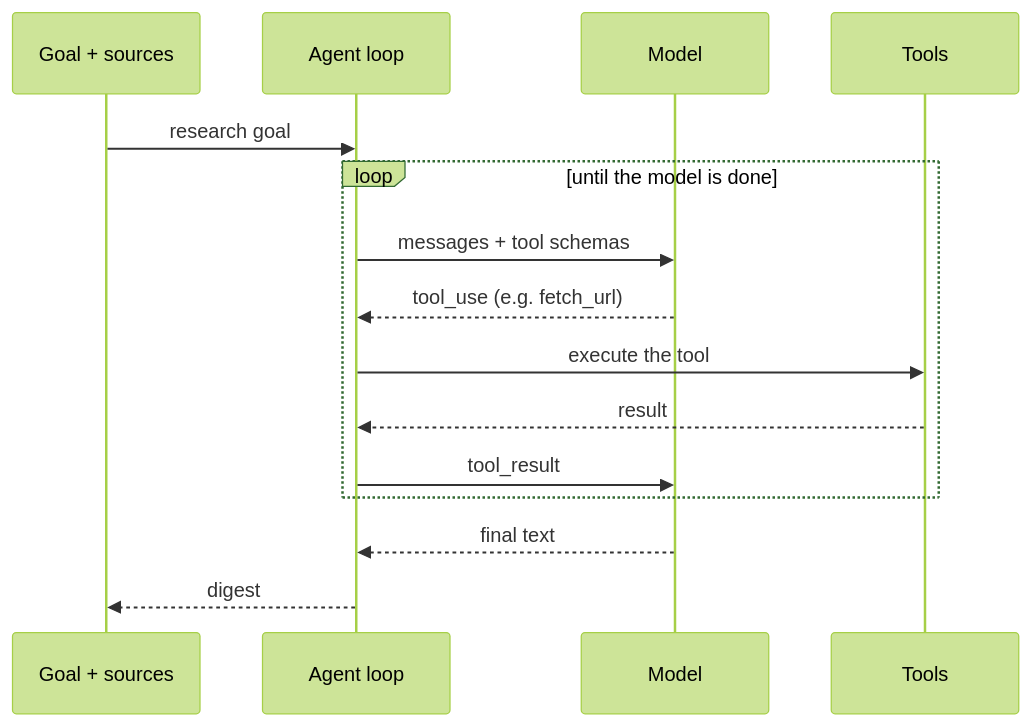
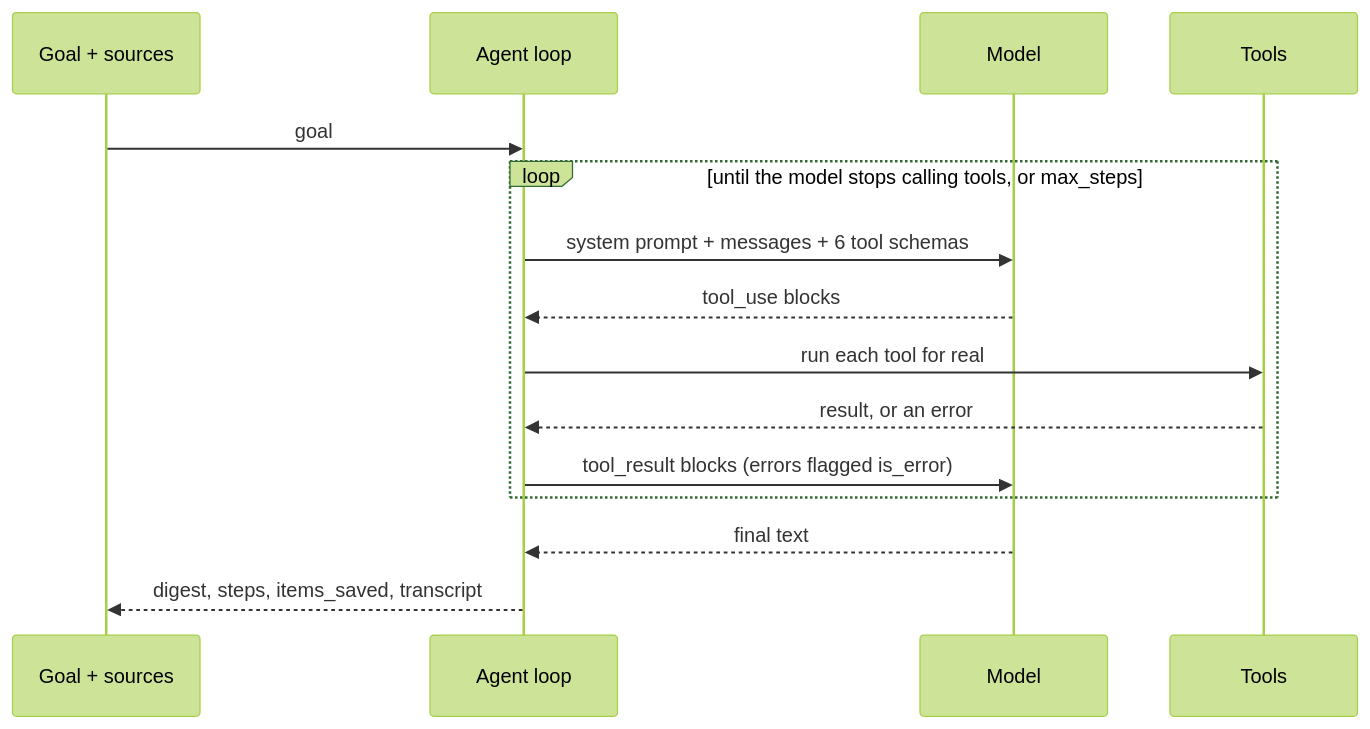
Before and after one commit to gbadedata/mcp-research-agent: the second of 2 diagrams in README.md, drawn with Mermaid (forest theme). The commit also changed other lines of this file and 1 other file, not shown here.

First line of the commit message:
Rewrite the README and add a safety milestone to the roadmap

````diff
--- a/README.md
+++ b/README.md
@@ -100,17 +237,17 @@
 ```mermaid
 sequenceDiagram
-    participant G as Goal + sources
+    participant U as Goal + sources
     participant A as Agent loop
     participant M as Model
     participant T as Tools
-    G->>A: research goal
-    loop until the model is done
-        A->>M: messages + tool schemas
-        M-->>A: tool_use (e.g. fetch_url)
-        A->>T: execute the tool
-        T-->>A: result
-        A->>M: tool_result
+    U->>A: goal
+    loop until the model stops calling tools, or max_steps
+        A->>M: system prompt + messages + 6 tool schemas
+        M-->>A: tool_use blocks
+        A->>T: run each tool for real
+        T-->>A: result, or an error
+        A->>M: tool_result blocks (errors flagged is_error)
     end
     M-->>A: final text
-    A-->>G: digest
+    A-->>U: digest, steps, items_saved, transcript
 ```
````
